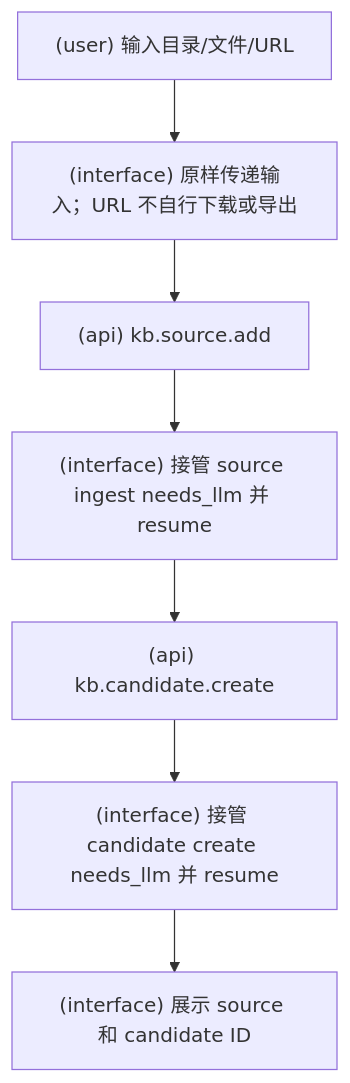
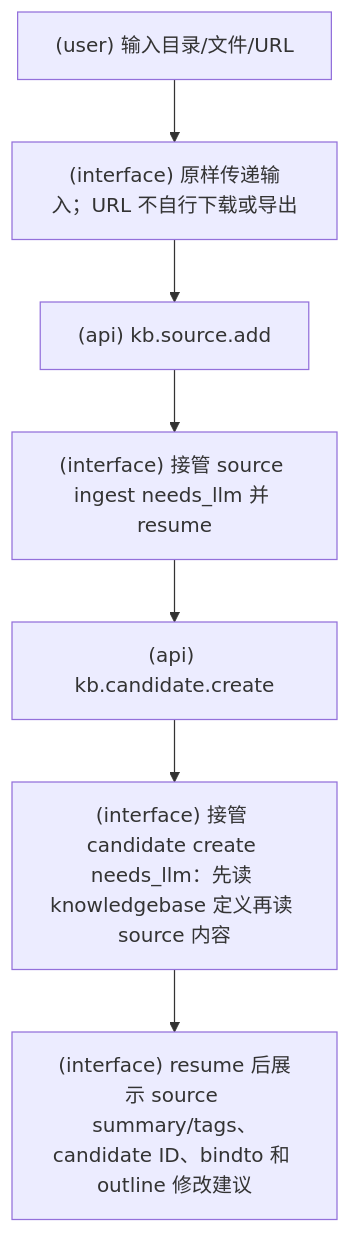
Diagram 16 of 17 in docs/SlashCommand流程图.md (srangerme/KBManager), drawn with Mermaid before and after one commit. The commit also changed other lines of this file and 27 other files, not shown here.

````diff
--- a/docs/SlashCommand流程图.md
+++ b/docs/SlashCommand流程图.md
@@ -170,9 +206,9 @@
 ```mermaid
 flowchart TD
   A["(user) 输入目录/文件/URL"] --> B["(interface) 原样传递输入；URL 不自行下载或导出"]
   B --> C["(api) kb.source.add"]
   C --> D["(interface) 接管 source ingest needs_llm 并 resume"]
   D --> E["(api) kb.candidate.create"]
-  E --> F["(interface) 接管 candidate create needs_llm 并 resume"]
-  F --> G["(interface) 展示 source 和 candidate ID"]
+  E --> F["(interface) 接管 candidate create needs_llm：先读 knowledgebase 定义再读 source 内容"]
+  F --> G["(interface) resume 后展示 source summary/tags、candidate ID、bindto 和 outline 修改建议"]
 ```
````
